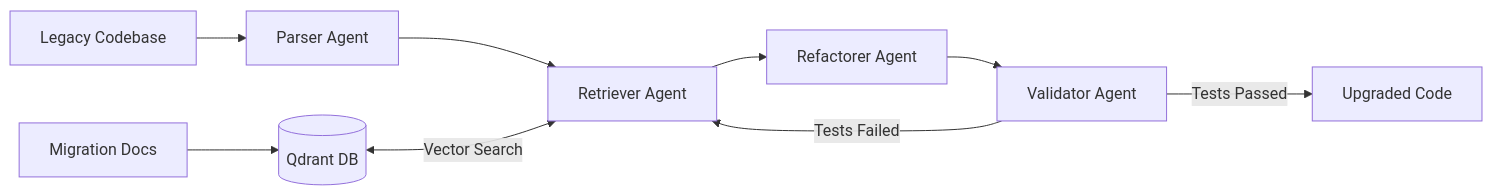
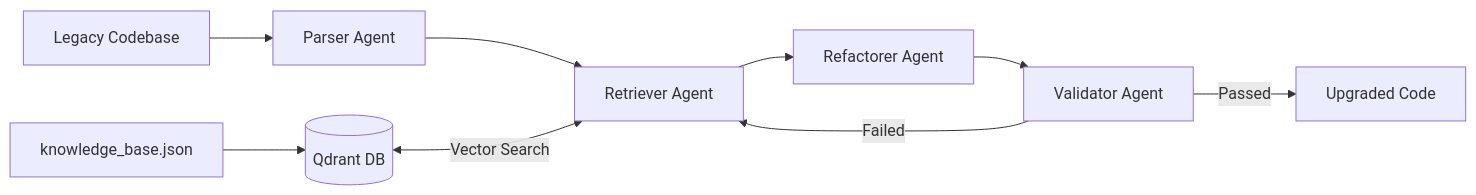
Before and after one commit to bwill619/code-migration-agent: the diagram in README.md, drawn with Mermaid. The commit also changed other lines of this file, not shown here.

````diff
--- a/README.md
+++ b/README.md
@@ -31,11 +11,11 @@
 ```mermaid
 flowchart LR
     A[Legacy Codebase] --> B[Parser Agent]
     B --> C[Retriever Agent]
     D[(Qdrant DB)] <-->|Vector Search| C
-    E[Migration Docs] --> D
+    E[knowledge_base.json] --> D
     C --> F[Refactorer Agent]
     F --> G[Validator Agent]
-    G -->|Tests Passed| H[Upgraded Code]
-    G -->|Tests Failed| C
+    G -->|Passed| H[Upgraded Code]
+    G -->|Failed| C
 ```
````
